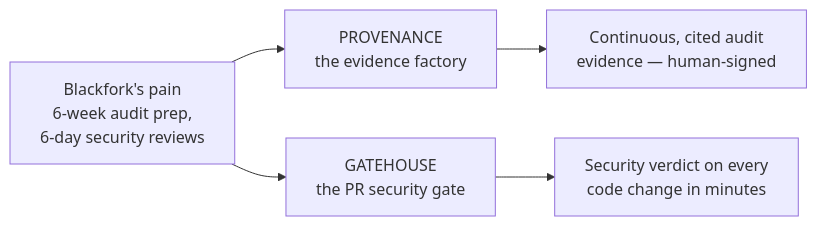
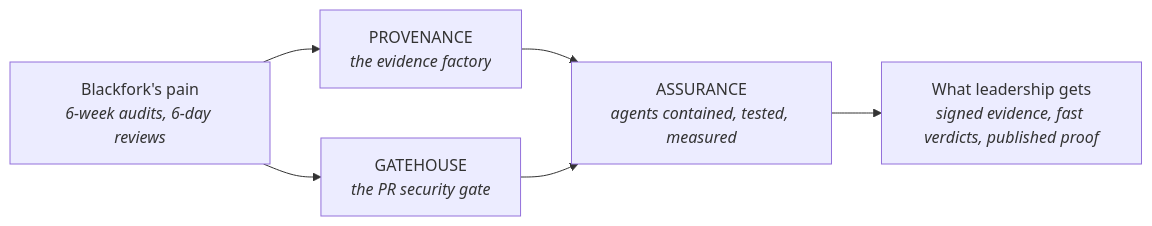
Before and after one commit to deathscythe272/blackfork-platform: the diagram in docs/00-START-HERE.md, drawn with Mermaid. The commit also changed other lines of this file and 2 other files, not shown here.

````diff
--- a/docs/00-START-HERE.md
+++ b/docs/00-START-HERE.md
@@ -23,7 +29,8 @@
 ```mermaid
 flowchart LR
-  A["Blackfork's pain<br>6-week audit prep,<br>6-day security reviews"] --> B["PROVENANCE<br>the evidence factory"]
-  A --> C["GATEHOUSE<br>the PR security gate"]
-  B --> D["Continuous, cited audit<br>evidence — human-signed"]
-  C --> E["Security verdict on every<br>code change in minutes"]
+  PAIN["Blackfork's pain<br><i>6-week audits, 6-day reviews</i>"] --> PROV["PROVENANCE<br><i>the evidence factory</i>"]
+  PAIN --> GATE["GATEHOUSE<br><i>the PR security gate</i>"]
+  PROV --> ASSURE["ASSURANCE<br><i>agents contained, tested, measured</i>"]
+  GATE --> ASSURE
+  ASSURE --> OUT["What leadership gets<br><i>signed evidence, fast verdicts, published proof</i>"]
 ```
````
